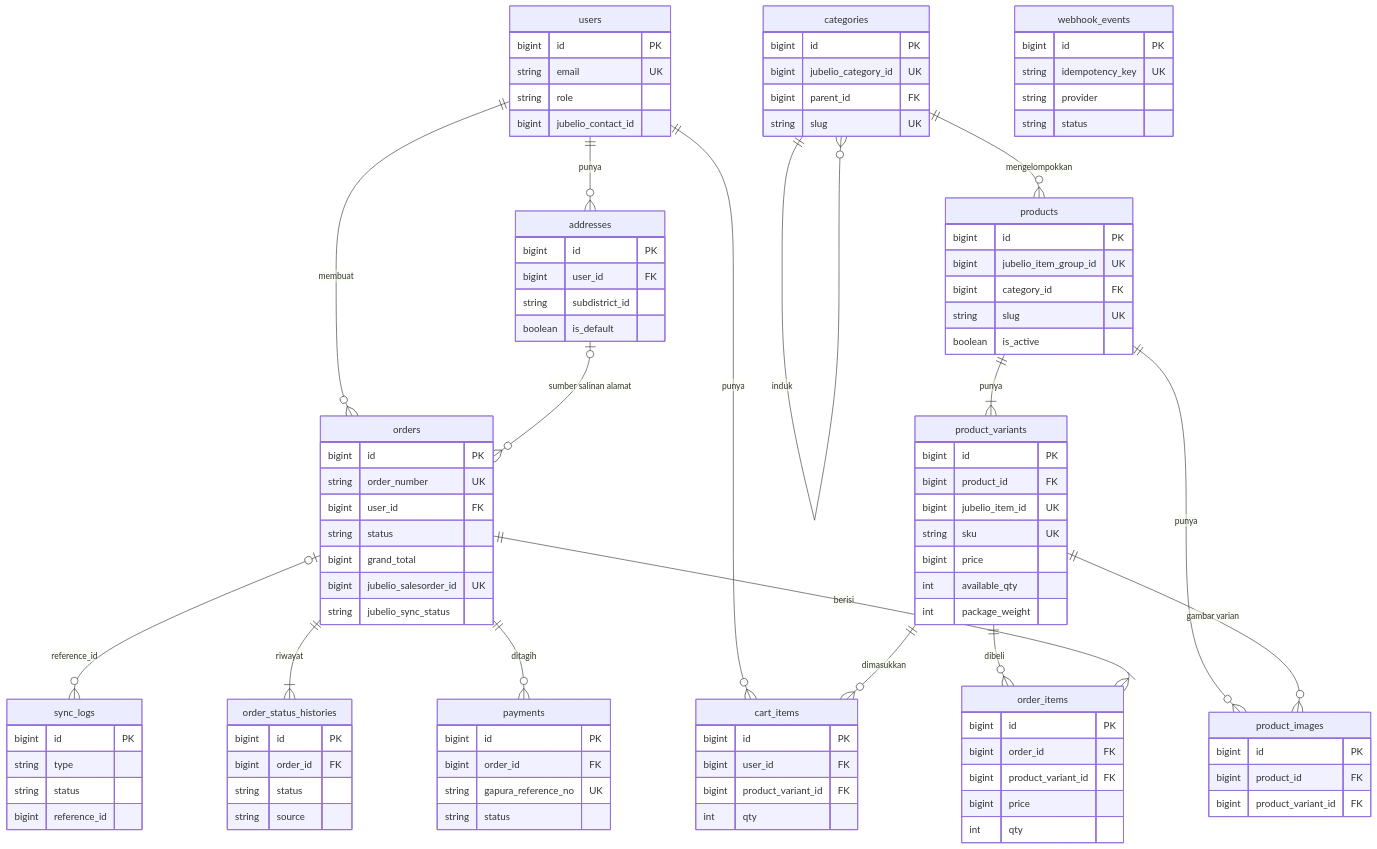
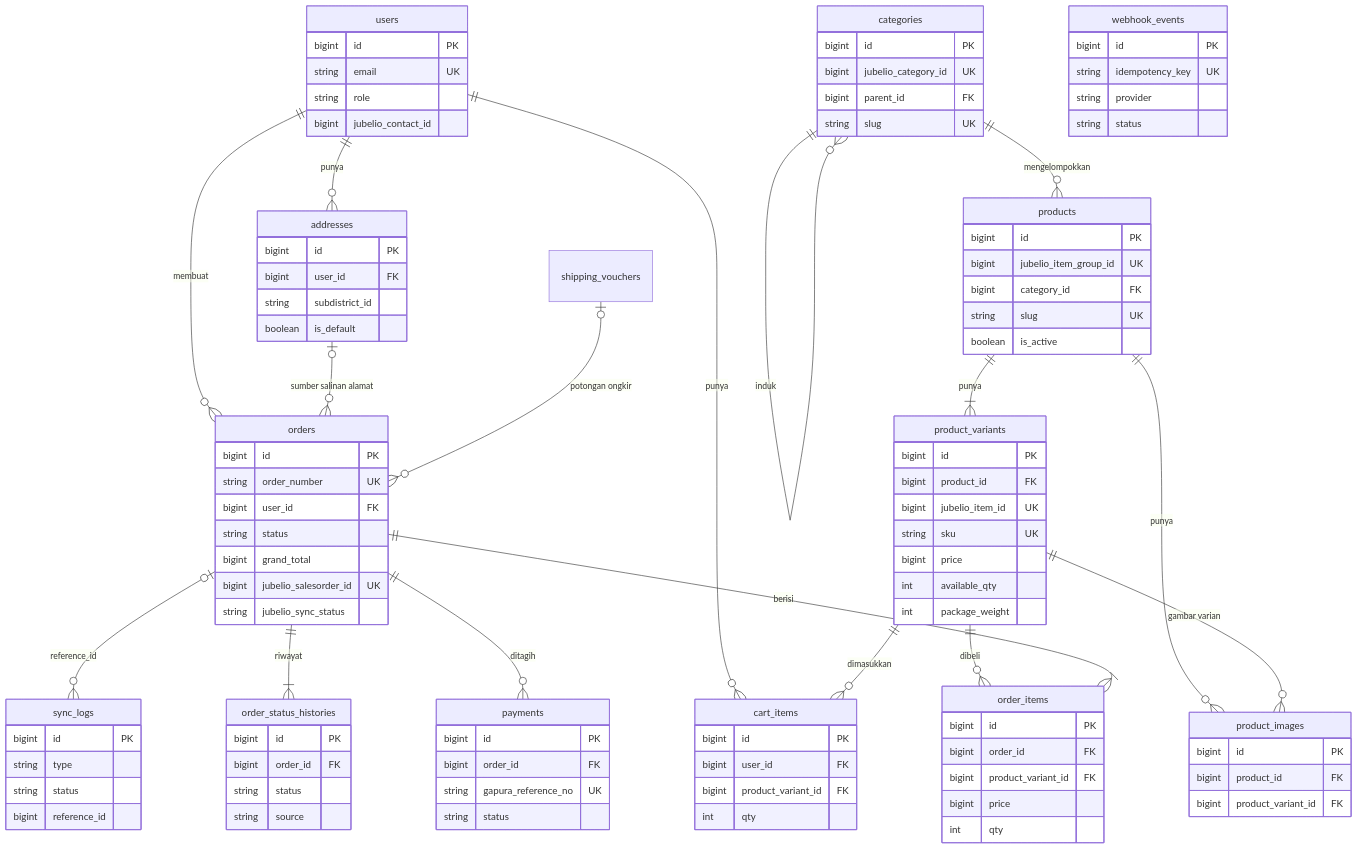
Before and after one commit to Zhafransss/E-Commers-Saeful-Askar: the diagram in docs/erd.md, drawn with Mermaid. The commit also changed other lines of this file and 45 other files, not shown here.

First line of the commit message:
feat: Add shipping vouchers managed by the admin and applied at checkout

```diff
--- a/docs/erd.md
+++ b/docs/erd.md
@@ -38,6 +38,7 @@
   orders ||--o{ payments : "ditagih"
   orders ||--|{ order_status_histories : "riwayat"
   orders |o--o{ sync_logs : "reference_id"
+  shipping_vouchers |o--o{ orders : "potongan ongkir"
 
   users {
     bigint id PK
```
